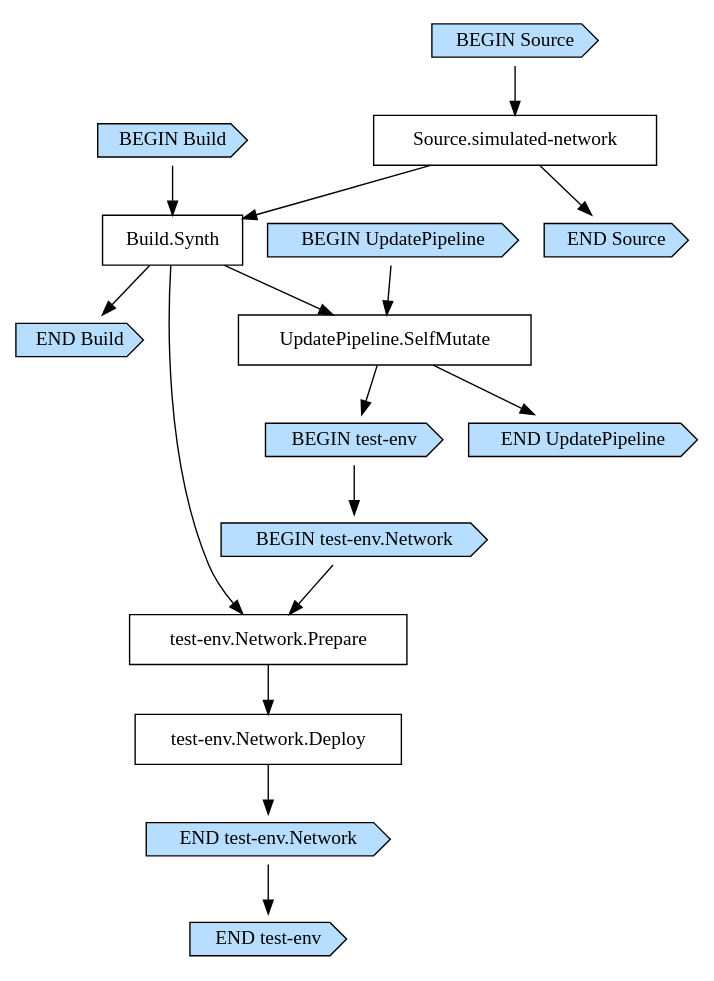
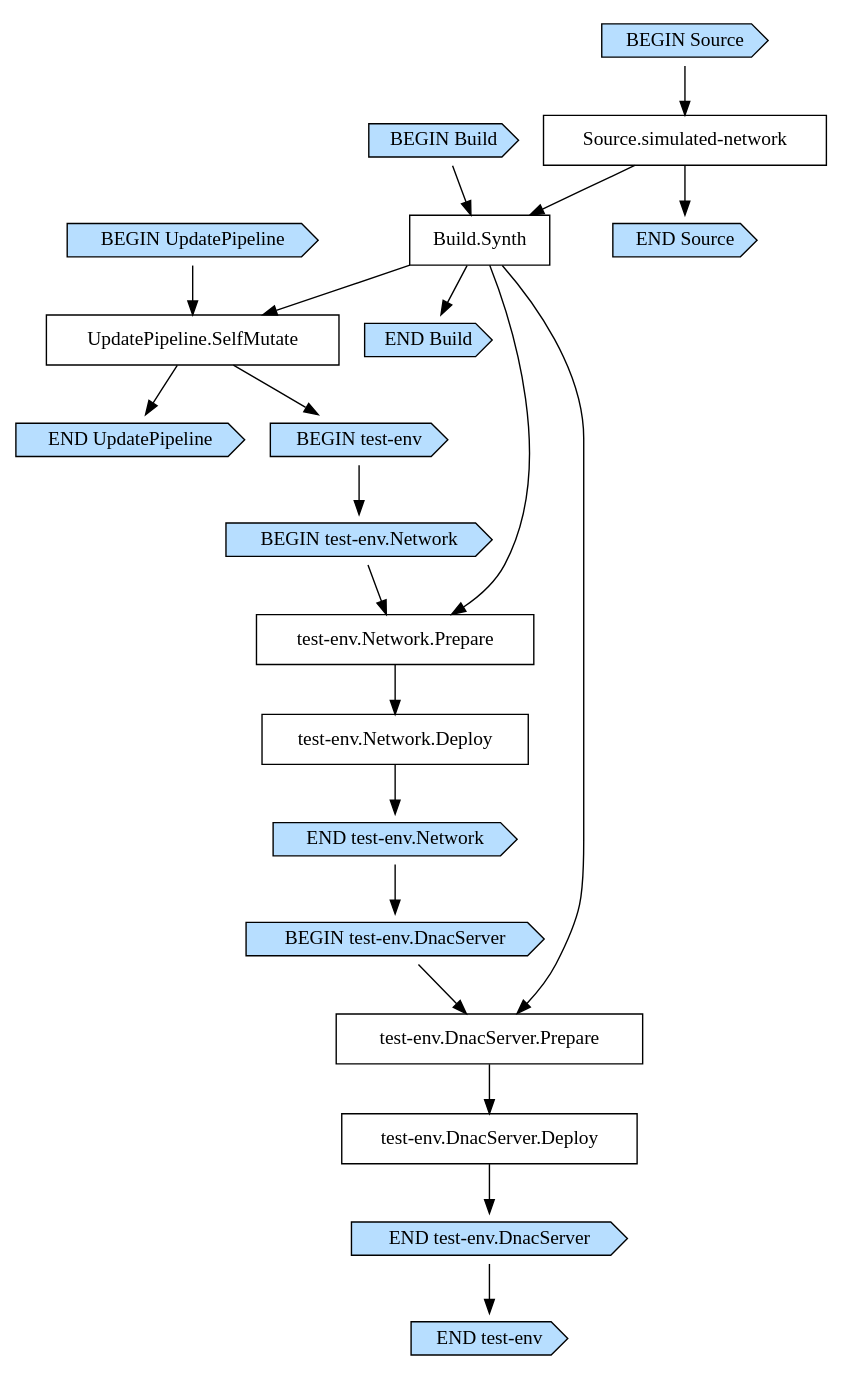
One commit to sree7k7/simulated-DC changed the diagram in cdk.out/CdkPipelineSimulatedCorporateNetworkStacksimulatednetwork7222D7FE.dot. Above: the diagram before and after it, drawn with Graphviz. The commit also changed 14 other files, not shown here.

```diff
--- a/cdk.out/CdkPipelineSimulatedCorporateNetworkStacksimulatednetwork7222D7FE.dot
+++ b/cdk.out/CdkPipelineSimulatedCorporateNetworkStacksimulatednetwork7222D7FE.dot
@@ -1,37 +1,46 @@
 digraph G {
   # Arrows represent an "unlocks" relationship (opposite of dependency). So chosen
   # because the layout looks more natural that way.
   # To represent subgraph dependencies, subgraphs are represented by BEGIN/END nodes.
   # To render: `dot -Tsvg CdkPipelineSimulatedCorporateNetworkStacksimulatednetwork7222D7FE.dot > graph.svg`, open in a browser.
   node [shape="box"];
 "BEGIN Build" [shape="cds", style="filled", fillcolor="#b7deff"];
 "END Build" [shape="cds", style="filled", fillcolor="#b7deff"];
 "Build.Synth";
 "Source.simulated-network" -> "Build.Synth";
 "BEGIN Build" -> "Build.Synth";
 "Build.Synth" -> "END Build";
 "BEGIN UpdatePipeline" [shape="cds", style="filled", fillcolor="#b7deff"];
 "END UpdatePipeline" [shape="cds", style="filled", fillcolor="#b7deff"];
 "UpdatePipeline.SelfMutate";
 "Build.Synth" -> "UpdatePipeline.SelfMutate";
 "BEGIN UpdatePipeline" -> "UpdatePipeline.SelfMutate";
 "UpdatePipeline.SelfMutate" -> "END UpdatePipeline";
 "BEGIN test-env" [shape="cds", style="filled", fillcolor="#b7deff"];
 "END test-env" [shape="cds", style="filled", fillcolor="#b7deff"];
 "UpdatePipeline.SelfMutate" -> "BEGIN test-env";
 "BEGIN test-env.Network" [shape="cds", style="filled", fillcolor="#b7deff"];
 "END test-env.Network" [shape="cds", style="filled", fillcolor="#b7deff"];
 "test-env.Network.Deploy";
 "test-env.Network.Prepare" -> "test-env.Network.Deploy";
 "test-env.Network.Prepare";
 "Build.Synth" -> "test-env.Network.Prepare";
 "BEGIN test-env.Network" -> "test-env.Network.Prepare";
 "test-env.Network.Deploy" -> "END test-env.Network";
+"BEGIN test-env.DnacServer" [shape="cds", style="filled", fillcolor="#b7deff"];
+"END test-env.DnacServer" [shape="cds", style="filled", fillcolor="#b7deff"];
+"END test-env.Network" -> "BEGIN test-env.DnacServer";
+"test-env.DnacServer.Deploy";
+"test-env.DnacServer.Prepare" -> "test-env.DnacServer.Deploy";
+"test-env.DnacServer.Prepare";
+"Build.Synth" -> "test-env.DnacServer.Prepare";
+"BEGIN test-env.DnacServer" -> "test-env.DnacServer.Prepare";
+"test-env.DnacServer.Deploy" -> "END test-env.DnacServer";
 "BEGIN test-env" -> "BEGIN test-env.Network";
-"END test-env.Network" -> "END test-env";
+"END test-env.DnacServer" -> "END test-env";
 "BEGIN Source" [shape="cds", style="filled", fillcolor="#b7deff"];
 "END Source" [shape="cds", style="filled", fillcolor="#b7deff"];
 "Source.simulated-network";
 "BEGIN Source" -> "Source.simulated-network";
 "Source.simulated-network" -> "END Source";
 }
```
